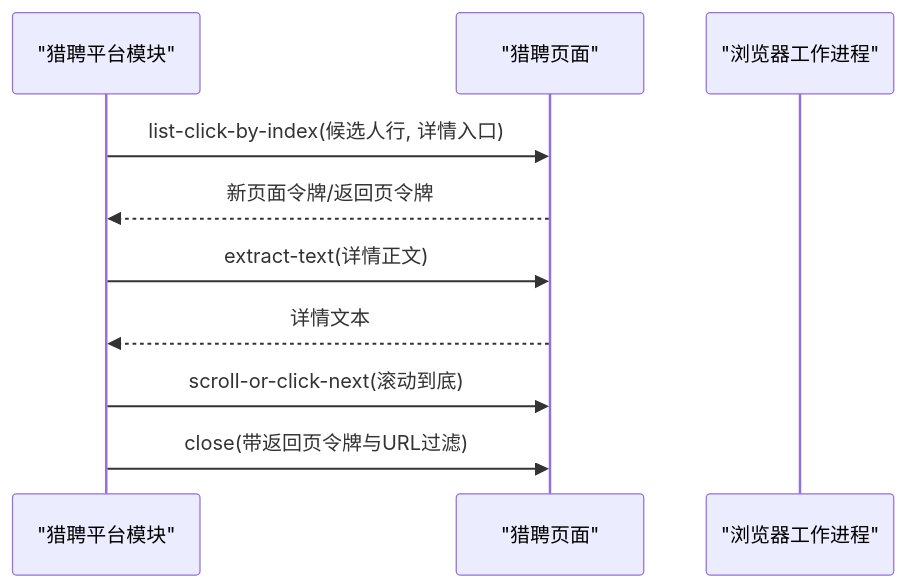
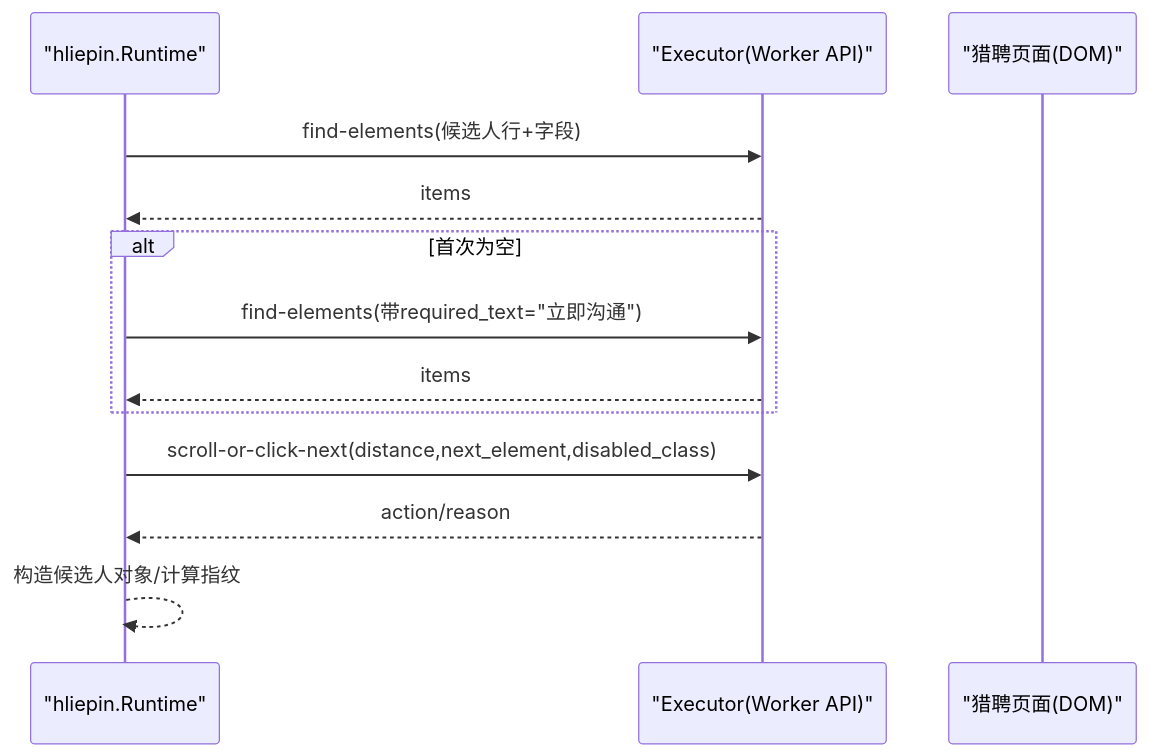
One commit to alvinwangzi/goodhr changed the fifth of 6 diagrams in .qoder/repowiki/zh/content/本地执行器/平台适配器/猎聘适配器/搜索功能.md. Above: the diagram before and after it, drawn with Mermaid. The commit also changed other lines of this file and 149 other files, not shown here.

````diff
--- a/.qoder/repowiki/zh/content/本地执行器/平台适配器/猎聘适配器/搜索功能.md
+++ b/.qoder/repowiki/zh/content/本地执行器/平台适配器/猎聘适配器/搜索功能.md
@@ -173,12 +233,15 @@
 ```mermaid
 sequenceDiagram
-participant HLP as "猎聘平台模块"
-participant Page as "猎聘页面"
-participant Worker as "浏览器工作进程"
-HLP->>Page : list-click-by-index(候选人行, 详情入口)
-Page-->>HLP : 新页面令牌/返回页令牌
-HLP->>Page : extract-text(详情正文)
-Page-->>HLP : 详情文本
-HLP->>Page : scroll-or-click-next(滚动到底)
-HLP->>Page : close(带返回页令牌与URL过滤)
+participant HLR as "hliepin.Runtime"
+participant Exec as "Executor(Worker API)"
+participant Page as "猎聘页面(DOM)"
+HLR->>Exec : find-elements(候选人行+字段)
+Exec-->>HLR : items
+alt 首次为空
+HLR->>Exec : find-elements(带required_text="立即沟通")
+Exec-->>HLR : items
+end
+HLR->>Exec : scroll-or-click-next(distance,next_element,disabled_class)
+Exec-->>HLR : action/reason
+HLR-->>HLR : 构造候选人对象/计算指纹
 ```
````
